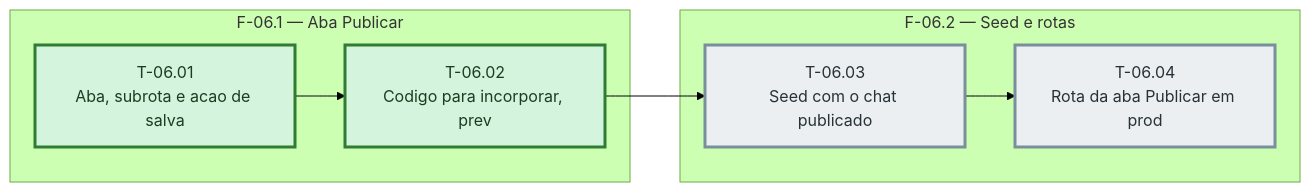
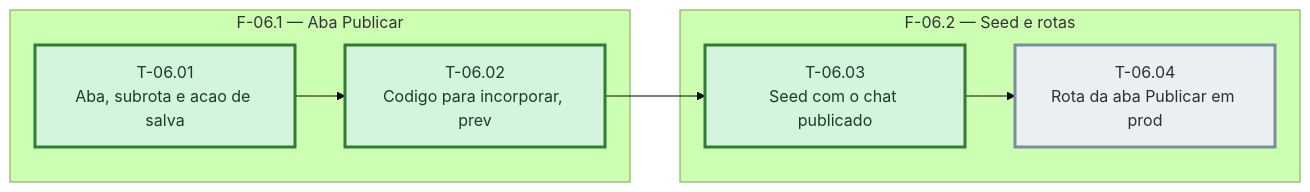
One commit to bittencourtthulio/converse-chatbot changed the diagram in docs/chat-embutido/sprint-06/fases.md. Above: the diagram before and after it, drawn with Mermaid (forest theme). The commit also changed 3 other files, not shown here.

````diff
--- a/docs/chat-embutido/sprint-06/fases.md
+++ b/docs/chat-embutido/sprint-06/fases.md
@@ -31,27 +31,27 @@
 ```mermaid
 %% Grafo de tasks — sprint-06 — gerado pela sprintx a partir de tasks.md
 flowchart LR
   subgraph fase_06_1["F-06.1 — Aba Publicar"]
     T_06_01["T-06.01<br/>Aba, subrota e acao de salva"]
     T_06_02["T-06.02<br/>Codigo para incorporar, prev"]
   end
   subgraph fase_06_2["F-06.2 — Seed e rotas"]
     T_06_03["T-06.03<br/>Seed com o chat publicado"]
     T_06_04["T-06.04<br/>Rota da aba Publicar em prod"]
   end
   T_06_01 --> T_06_02
   T_06_02 --> T_06_03
   T_06_03 --> T_06_04
 
   classDef concluida fill:#d4f4dd,stroke:#2e7d32,color:#1b3d20
   classDef andamento fill:#fff3cd,stroke:#b8860b,color:#4a3800
   classDef bloqueada fill:#f8d7da,stroke:#c62828,color:#4a1d1f
   classDef pendente  fill:#eceff1,stroke:#78909c,color:#263238
   classDef critico   stroke-width:3px
 
   class T_06_01 concluida
   class T_06_02 concluida
-  class T_06_03 pendente
+  class T_06_03 concluida
   class T_06_04 pendente
   class T_06_01,T_06_02,T_06_03,T_06_04 critico
 ```
````
